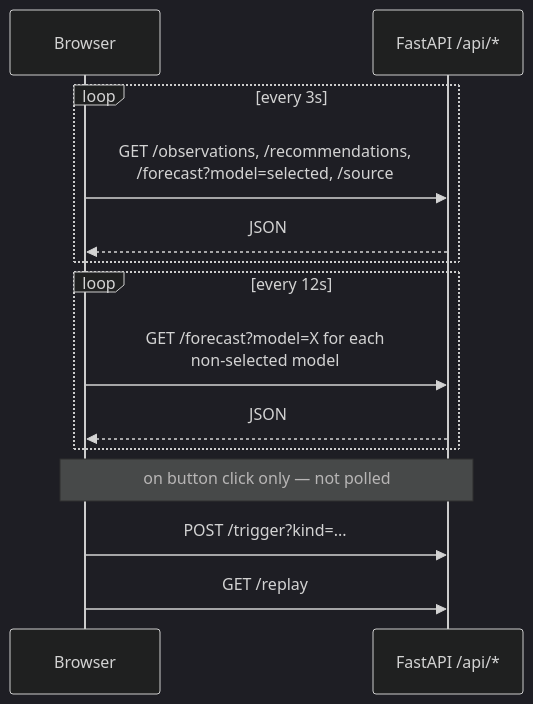
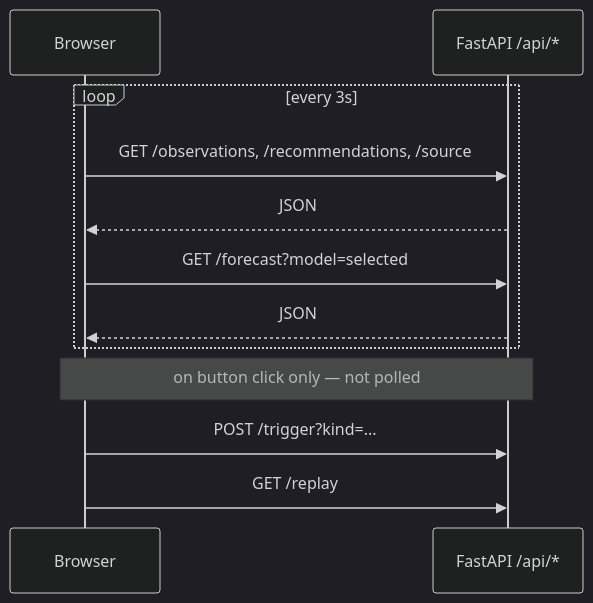
Before and after one commit to jsawyerdev/scalescope: the fourth of 6 diagrams in README.md, drawn with Mermaid (dark theme). The commit also changed other lines of this file and 20 other files, not shown here.

````diff
--- a/README.md
+++ b/README.md
@@ -491,17 +507,15 @@
 ```mermaid
 sequenceDiagram
     participant Browser
     participant API as FastAPI /api/*
 
     loop every 3s
-        Browser->>API: GET /observations, /recommendations,<br/>/forecast?model=selected, /source
+        Browser->>API: GET /observations, /recommendations, /source
         API-->>Browser: JSON
-    end
-    loop every 12s
-        Browser->>API: GET /forecast?model=X for each<br/>non-selected model
+        Browser->>API: GET /forecast?model=selected
         API-->>Browser: JSON
     end
     Note over Browser,API: on button click only — not polled
     Browser->>API: POST /trigger?kind=...
     Browser->>API: GET /replay
 ```
````
